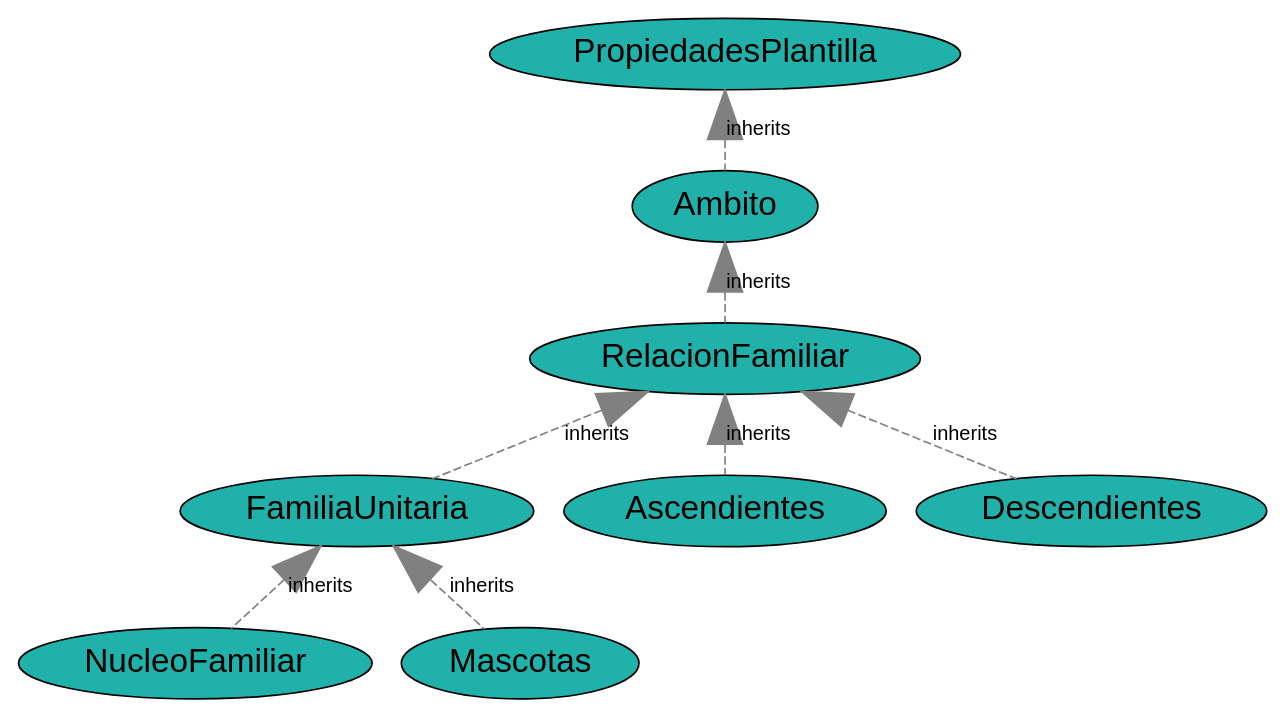
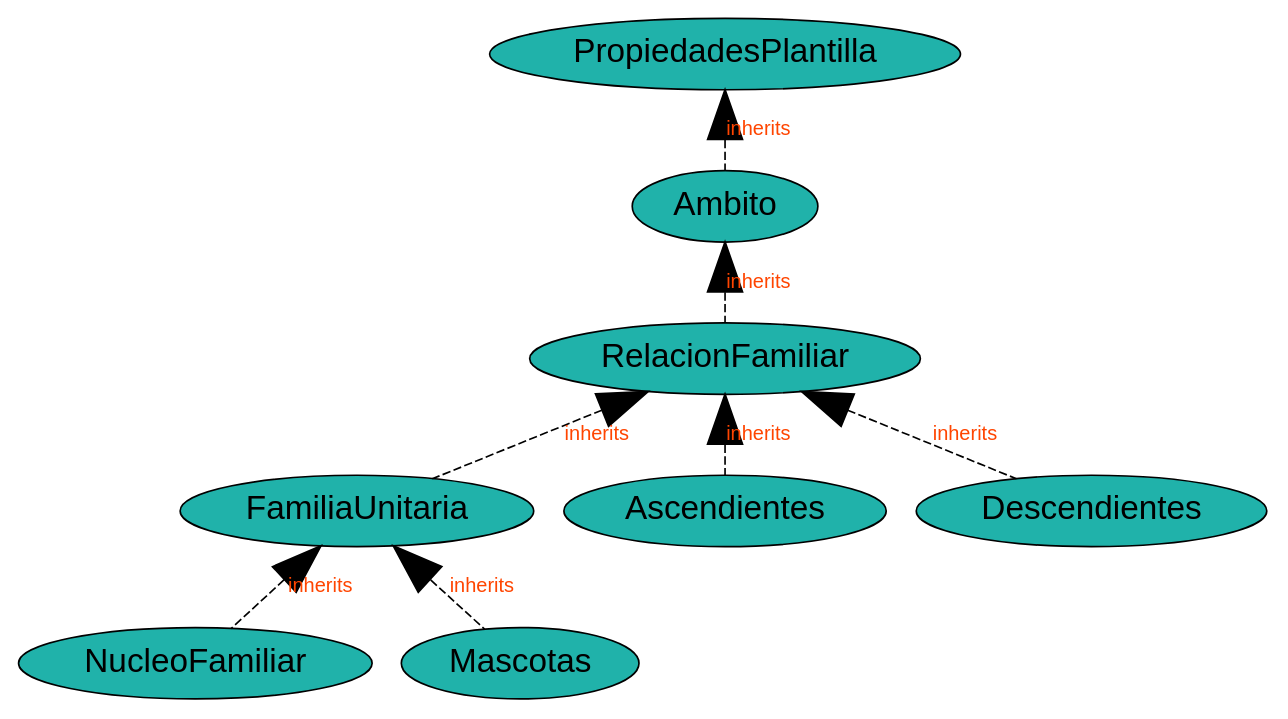
The diagram in Output/csv_dot2_properties.dot (JuanCasado/Lenguajes), drawn with Graphviz before and after one commit. The commit also changed 17 other files, not shown here.

```diff
--- a/Output/csv_dot2_properties.dot
+++ b/Output/csv_dot2_properties.dot
@@ -1,50 +1,51 @@
 graph properties{
 	//Defecto
 	node [fontname="Arial"];
 	edge [fontname="Arial",fontsize=12];
 
 	//PROPERTIES
-	node[fontsize="10", fillcolor="lightgoldenrodyellow", style="filled", shape="record", ]
-
+	  node [shape="record",style="filled",fillcolor="lightgoldenrodyellow",fontsize="10"]
 	
 
 	//CLASES
-	node[fontsize="20", fillcolor="lightseagreen", style="filled", shape="ellipse", ]
-
+	node [shape="ellipse",style="filled",fillcolor="lightseagreen",fontsize="20"]	
 	
 	class_FamiliaUnitaria [label="FamiliaUnitaria"];
 	class_NucleoFamiliar [label="NucleoFamiliar"];
 	class_Ascendientes [label="Ascendientes"];
 	class_Descendientes [label="Descendientes"];
 	class_PropiedadesPlantilla [label="PropiedadesPlantilla"];
 	class_RelacionFamiliar [label="RelacionFamiliar"];
 	class_Mascotas [label="Mascotas"];
 	class_Ambito [label="Ambito"];
 
 	//RELACIONES
-	node[fontsize="15", fillcolor="paleturquoise", style="filled", shape="hexagon", ]
-
+	node [shape="hexagon",style="filled",fillcolor="paleturquoise",fontsize="15"]	
+	
 
 	//CLASE -- PROPIEDAD
-	edge[len="3", style="dashed", color="grey", ]
 
+edge[style="dashed",len="3",color="grey"]	
 
 	//RELACION -- PROPIEDAD
+	
 
 	// uso indirecto de definiciÃ³n de tipos
+	edge[style="dotted",arrowhead="vee",dir="forward",arrowsize="2"];
 
 	// asociaciones a travÃ©s de atributos marcadas de forma directa
+	edge[fontcolor="orangered", color="orangered", style="dashed", arrowhead="vee",dir="forward",arrowsize="2"];
 
 	// herencias
-	class_PropiedadesPlantilla -- class_Ambito [arrowsize="3", arrowhead="normal", dir="back", label="inherits"];
-	class_Ambito -- class_RelacionFamiliar [arrowsize="3", arrowhead="normal", dir="back", label="inherits"];
-	class_RelacionFamiliar -- class_FamiliaUnitaria [arrowsize="3", arrowhead="normal", dir="back", label="inherits"];
-	class_FamiliaUnitaria -- class_NucleoFamiliar [arrowsize="3", arrowhead="normal", dir="back", label="inherits"];
-	class_RelacionFamiliar -- class_Ascendientes [arrowsize="3", arrowhead="normal", dir="back", label="inherits"];
-	class_RelacionFamiliar -- class_Descendientes [arrowsize="3", arrowhead="normal", dir="back", label="inherits"];
-	class_FamiliaUnitaria -- class_Mascotas [arrowsize="3", arrowhead="normal", dir="back", label="inherits"];
+	edge[len="5",color="black",arrowhead="normal",arrowsize="3",dir="back",]	class_PropiedadesPlantilla -- class_Ambito [label="inherits"];
+	class_Ambito -- class_RelacionFamiliar [label="inherits"];
+	class_RelacionFamiliar -- class_FamiliaUnitaria [label="inherits"];
+	class_FamiliaUnitaria -- class_NucleoFamiliar [label="inherits"];
+	class_RelacionFamiliar -- class_Ascendientes [label="inherits"];
+	class_RelacionFamiliar -- class_Descendientes [label="inherits"];
+	class_FamiliaUnitaria -- class_Mascotas [label="inherits"];
 
 	// enlaces de relaciones
-	edge[len="2",penwidth="3",color="blue"]
+	edge[len="2",penwidth="3",color="blue",fontcolor="blue",dir="forward",arrowhead="normal"]
 
 }
```
